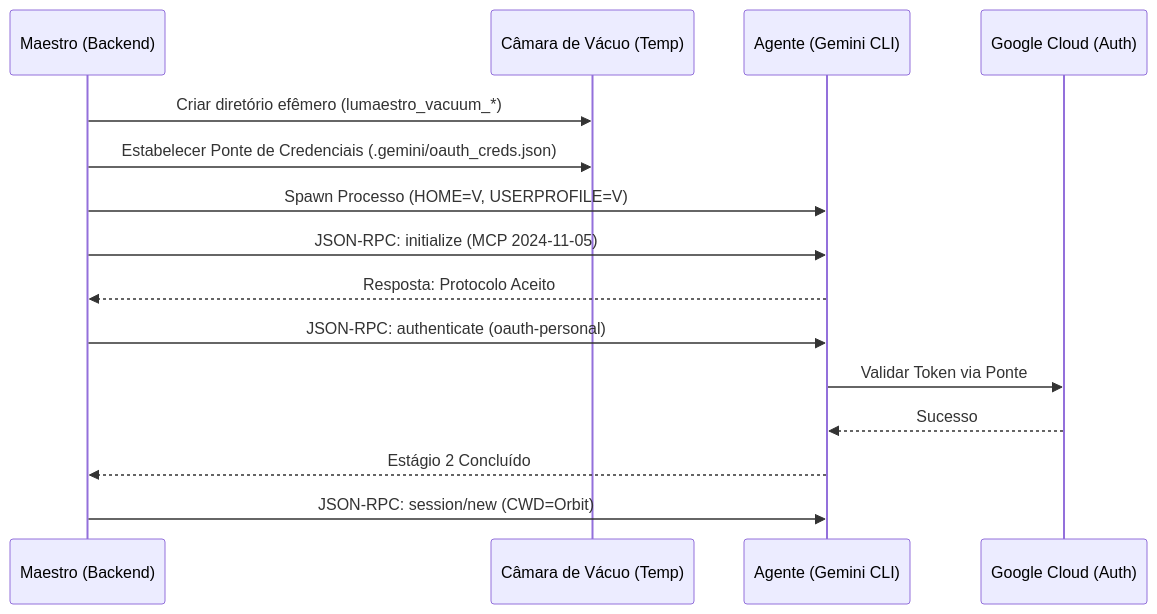
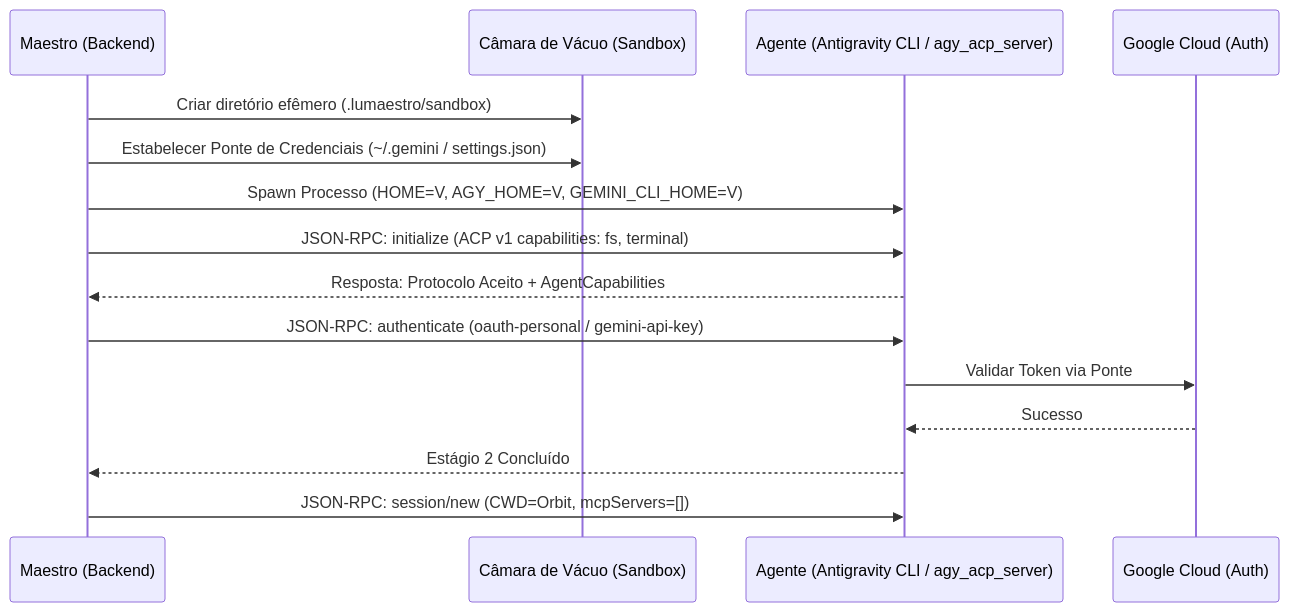
Before and after one commit to jvkabum/Lumaestro: the diagram in docs/ACP_AGENT_BRIDGE.md, drawn with Mermaid. The commit also changed other lines of this file and 7 other files, not shown here.

````diff
--- a/docs/ACP_AGENT_BRIDGE.md
+++ b/docs/ACP_AGENT_BRIDGE.md
@@ -21,18 +21,18 @@
 ```mermaid
 sequenceDiagram
     participant M as Maestro (Backend)
-    participant V as Câmara de Vácuo (Temp)
-    participant A as Agente (Gemini CLI)
+    participant V as Câmara de Vácuo (Sandbox)
+    participant A as Agente (Antigravity CLI / agy_acp_server)
     participant G as Google Cloud (Auth)
 
-    M->>V: Criar diretório efêmero (lumaestro_vacuum_*)
-    M->>V: Estabelecer Ponte de Credenciais (.gemini/oauth_creds.json)
-    M->>A: Spawn Processo (HOME=V, USERPROFILE=V)
-    M->>A: JSON-RPC: initialize (MCP 2024-11-05)
-    A-->>M: Resposta: Protocolo Aceito
-    M->>A: JSON-RPC: authenticate (oauth-personal)
+    M->>V: Criar diretório efêmero (.lumaestro/sandbox)
+    M->>V: Estabelecer Ponte de Credenciais (~/.gemini / settings.json)
+    M->>A: Spawn Processo (HOME=V, AGY_HOME=V, GEMINI_CLI_HOME=V)
+    M->>A: JSON-RPC: initialize (ACP v1 capabilities: fs, terminal)
+    A-->>M: Resposta: Protocolo Aceito + AgentCapabilities
+    M->>A: JSON-RPC: authenticate (oauth-personal / gemini-api-key)
     A->>G: Validar Token via Ponte
     G-->>A: Sucesso
     A-->>M: Estágio 2 Concluído
-    M->>A: JSON-RPC: session/new (CWD=Orbit)
+    M->>A: JSON-RPC: session/new (CWD=Orbit, mcpServers=[])
 ```
````
